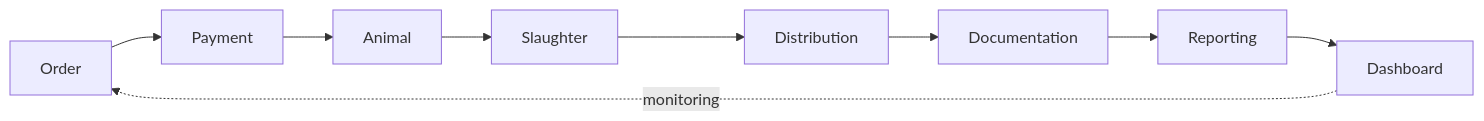
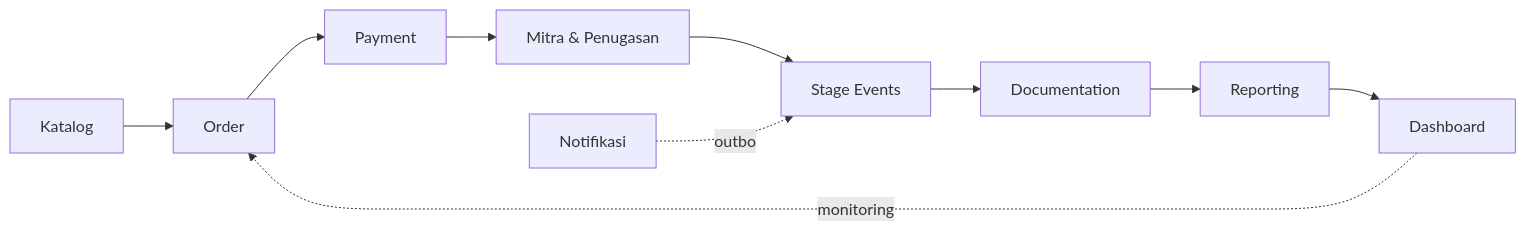
One commit to aiagent-zs/suksesaqiqah1 changed the diagram in docs/06_MODULE_BREAKDOWN.md. Above: the diagram before and after it, drawn with Mermaid. The commit also changed other lines of this file and 5 other files, not shown here.

````diff
--- a/docs/06_MODULE_BREAKDOWN.md
+++ b/docs/06_MODULE_BREAKDOWN.md
@@ -17,11 +23,12 @@
 ```mermaid
 flowchart LR
-    OM[Order] --> PM[Payment]
-    PM --> AM[Animal]
-    AM --> SM[Slaughter]
-    SM --> DM[Distribution]
-    DM --> DOC[Documentation]
+    KAT[Katalog] --> OM[Order]
+    OM --> PM[Payment]
+    PM --> VM[Mitra & Penugasan]
+    VM --> ST[Stage Events]
+    ST --> DOC[Documentation]
     DOC --> RM[Reporting]
     RM --> DASH[Dashboard]
+    NOT[Notifikasi] -.outbox.-> ST
     DASH -.monitoring.-> OM
 ```
````
